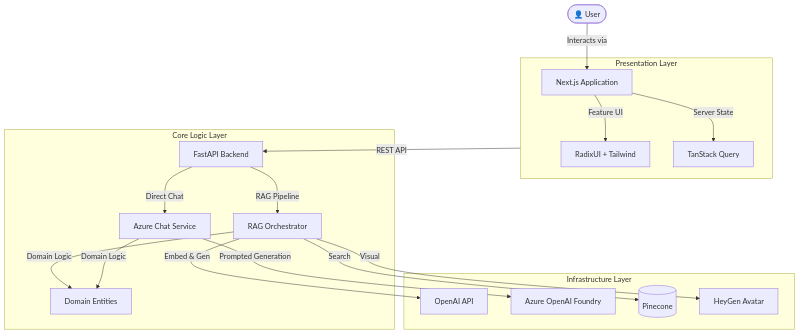
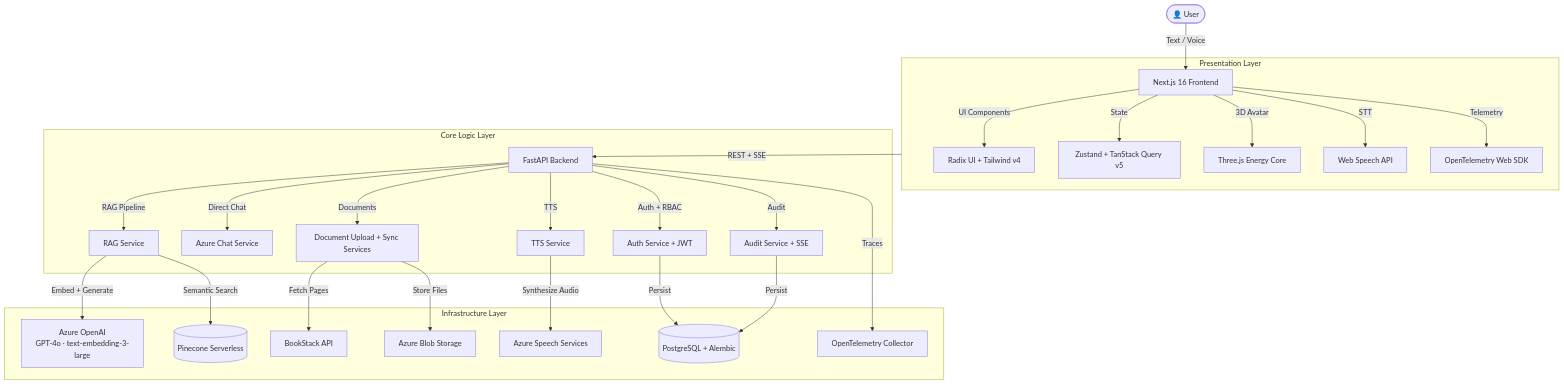
One commit to AbhayKauts21/Vanguard changed the first of 3 diagrams in README.md. Above: the diagram before and after it, drawn with Mermaid. The commit also changed other lines of this file, not shown here.

Commit message:
docs: update README with accurate voice pipeline and system architecture

````diff
--- a/README.md
+++ b/README.md
@@ -31,25 +56,34 @@
 ```mermaid
 graph TD
-    User([👤 User]) -->|Interacts via| Next[Next.js Application]
-    
-    subgraph Frontend [Presentation Layer]
-        Next -->|Feature UI| C[RadixUI + Tailwind]
-        Next -->|Server State| T[TanStack Query]
+    User([👤 User]) -->|Text / Voice| Next[Next.js 16 Frontend]
+
+    subgraph Frontend ["Presentation Layer"]
+        Next -->|UI Components| UI[Radix UI + Tailwind v4]
+        Next -->|State| State[Zustand + TanStack Query v5]
+        Next -->|3D Avatar| FX[Three.js Energy Core]
+        Next -->|STT| STT[Web Speech API]
+        Next -->|Telemetry| OTEL_FE[OpenTelemetry Web SDK]
     end
 
-    Frontend -->|REST API| APIGateway[FastAPI Backend]
+    Frontend -->|REST + SSE| API[FastAPI Backend]
 
-    subgraph Backend [Core Logic Layer]
-        APIGateway -->|RAG Pipeline| RAGSvc[RAG Orchestrator]
-        APIGateway -->|Direct Chat| AzureSvc[Azure Chat Service]
-        RAGSvc -->|Domain Logic| Domain[Domain Entities]
-        AzureSvc -->|Domain Logic| Domain
+    subgraph Backend ["Core Logic Layer"]
+        API -->|RAG Pipeline| RAG[RAG Service]
+        API -->|Direct Chat| AzChat[Azure Chat Service]
+        API -->|Auth + RBAC| Auth[Auth Service + JWT]
+        API -->|Audit| Audit[Audit Service + SSE]
+        API -->|Documents| DocSvc[Document Upload + Sync Services]
+        API -->|TTS| TTS[TTS Service]
     end
-    
-    subgraph Infra [Infrastructure Layer]
-        RAGSvc -->|Embed & Gen| OpenAI[OpenAI API]
-        AzureSvc -->|Prompted Generation| AzureOpenAI[Azure OpenAI Foundry]
-        RAGSvc -->|Search| VectorDB[(Pinecone)]
-        RAGSvc -->|Visual| HeyGen[HeyGen Avatar]
+
+    subgraph Infra ["Infrastructure Layer"]
+        RAG -->|Embed + Generate| AzOAI[Azure OpenAI<br/>GPT-4o · text-embedding-3-large]
+        RAG -->|Semantic Search| PC[(Pinecone Serverless)]
+        DocSvc -->|Fetch Pages| BS[BookStack API]
+        DocSvc -->|Store Files| Blob[Azure Blob Storage]
+        TTS -->|Synthesize Audio| Speech[Azure Speech Services]
+        Auth -->|Persist| PG[(PostgreSQL + Alembic)]
+        Audit -->|Persist| PG
+        API -->|Traces| OTEL_BE[OpenTelemetry Collector]
     end
 ```
````
